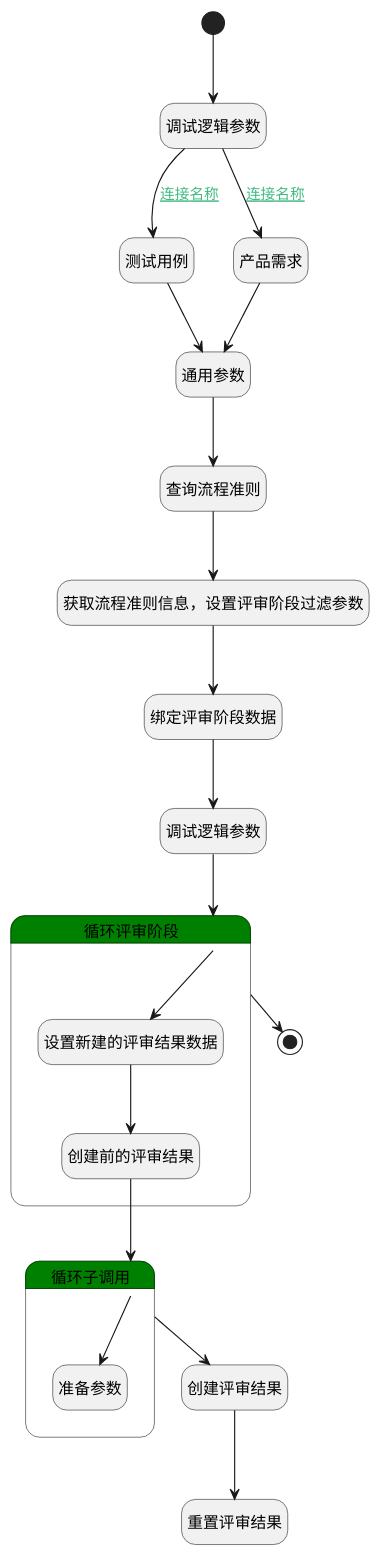
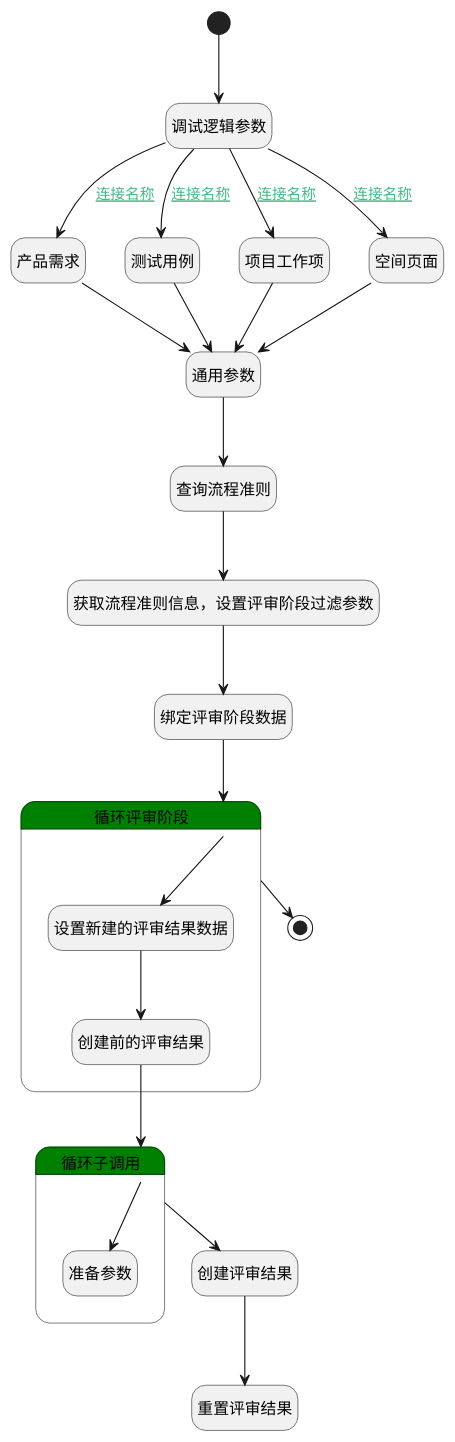
One commit to iBizLab/plm changed the diagram in doc/docsify/module/TestMgmt/review_content/logic/generate_review_results.md. Above: the diagram before and after it, drawn with PlantUML. The commit also changed other lines of this file and 686 other files, not shown here.

````diff
--- a/doc/docsify/module/TestMgmt/review_content/logic/generate_review_results.md
+++ b/doc/docsify/module/TestMgmt/review_content/logic/generate_review_results.md
@@ -7,52 +7,56 @@
 ```plantuml
 @startuml
 hide empty description
 <style>
 root {
   HyperlinkColor #42b983
 }
 </style>
 
 hide empty description
 state "开始" as Begin <<start>> [[$./generate_review_results#begin {"开始"}]]
-state "调试逻辑参数" as DEBUGPARAM4  [[$./generate_review_results#debugparam4 {"调试逻辑参数"}]]
-state "测试用例" as PREPAREPARAM6  [[$./generate_review_results#prepareparam6 {"测试用例"}]]
+state "产品需求" as PREPAREPARAM5  [[$./generate_review_results#prepareparam5 {"产品需求"}]]
 state "结束" as END1 <<end>> [[$./generate_review_results#end1 {"结束"}]]
 state "调试逻辑参数" as DEBUGPARAM2  [[$./generate_review_results#debugparam2 {"调试逻辑参数"}]]
+state "测试用例" as PREPAREPARAM6  [[$./generate_review_results#prepareparam6 {"测试用例"}]]
 state "通用参数" as PREPAREPARAM1  [[$./generate_review_results#prepareparam1 {"通用参数"}]]
 state "查询流程准则" as DEDATASET1  [[$./generate_review_results#dedataset1 {"查询流程准则"}]]
 state "获取流程准则信息，设置评审阶段过滤参数" as PREPAREPARAM2  [[$./generate_review_results#prepareparam2 {"获取流程准则信息，设置评审阶段过滤参数"}]]
 state "绑定评审阶段数据" as PREPAREPARAM4  [[$./generate_review_results#prepareparam4 {"绑定评审阶段数据"}]]
-state "产品需求" as PREPAREPARAM5  [[$./generate_review_results#prepareparam5 {"产品需求"}]]
+state "项目工作项" as PREPAREPARAM8  [[$./generate_review_results#prepareparam8 {"项目工作项"}]]
+state "空间页面" as PREPAREPARAM9  [[$./generate_review_results#prepareparam9 {"空间页面"}]]
 state "创建评审结果" as DEACTION1  [[$./generate_review_results#deaction1 {"创建评审结果"}]]
 state "重置评审结果" as RENEWPARAM1  [[$./generate_review_results#renewparam1 {"重置评审结果"}]]
 state "循环评审阶段" as LOOPSUBCALL1  [[$./generate_review_results#loopsubcall1 {"循环评审阶段"}]] #green {
 state "设置新建的评审结果数据" as PREPAREPARAM3  [[$./generate_review_results#prepareparam3 {"设置新建的评审结果数据"}]]
 state "创建前的评审结果" as DEBUGPARAM3  [[$./generate_review_results#debugparam3 {"创建前的评审结果"}]]
 }
 state "循环子调用" as LOOPSUBCALL2  [[$./generate_review_results#loopsubcall2 {"循环子调用"}]] #green {
 state "准备参数" as PREPAREPARAM7  [[$./generate_review_results#prepareparam7 {"准备参数"}]]
 }
 
 
 Begin --> DEBUGPARAM2
 DEBUGPARAM2 --> PREPAREPARAM6 : [[$./generate_review_results#debugparam2-prepareparam6{连接名称} 连接名称]]
 PREPAREPARAM6 --> PREPAREPARAM1
 PREPAREPARAM1 --> DEDATASET1
 DEDATASET1 --> PREPAREPARAM2
 PREPAREPARAM2 --> PREPAREPARAM4
-PREPAREPARAM4 --> DEBUGPARAM4
-DEBUGPARAM4 --> LOOPSUBCALL1
+PREPAREPARAM4 --> LOOPSUBCALL1
 LOOPSUBCALL1 --> PREPAREPARAM3
 PREPAREPARAM3 --> DEBUGPARAM3
 DEBUGPARAM3 --> LOOPSUBCALL2
 LOOPSUBCALL2 --> PREPAREPARAM7
 LOOPSUBCALL2 --> DEACTION1
 DEACTION1 --> RENEWPARAM1
 LOOPSUBCALL1 --> END1
 DEBUGPARAM2 --> PREPAREPARAM5 : [[$./generate_review_results#debugparam2-prepareparam5{连接名称} 连接名称]]
 PREPAREPARAM5 --> PREPAREPARAM1
+DEBUGPARAM2 --> PREPAREPARAM8 : [[$./generate_review_results#debugparam2-prepareparam8{连接名称} 连接名称]]
+PREPAREPARAM8 --> PREPAREPARAM1
+DEBUGPARAM2 --> PREPAREPARAM9 : [[$./generate_review_results#debugparam2-prepareparam9{连接名称} 连接名称]]
+PREPAREPARAM9 --> PREPAREPARAM1
 
 
 @enduml
 ```
````
